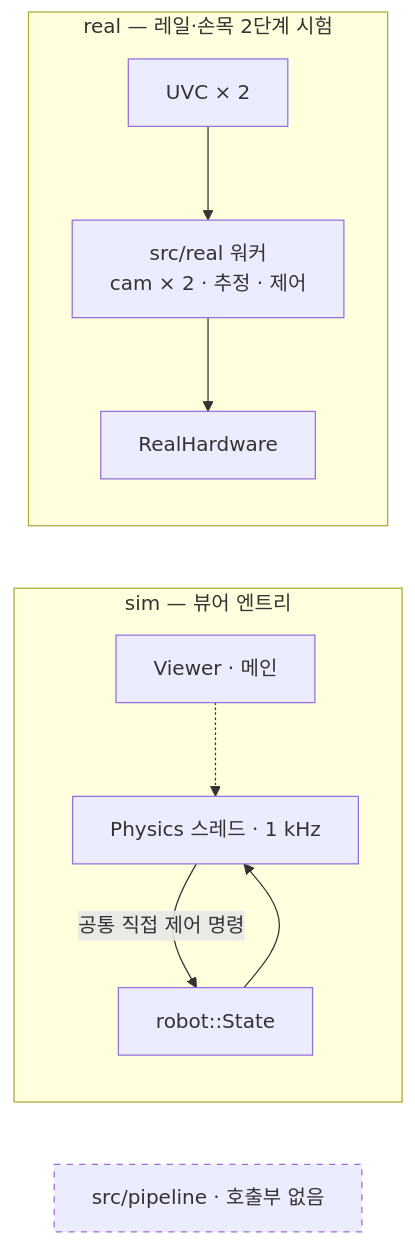
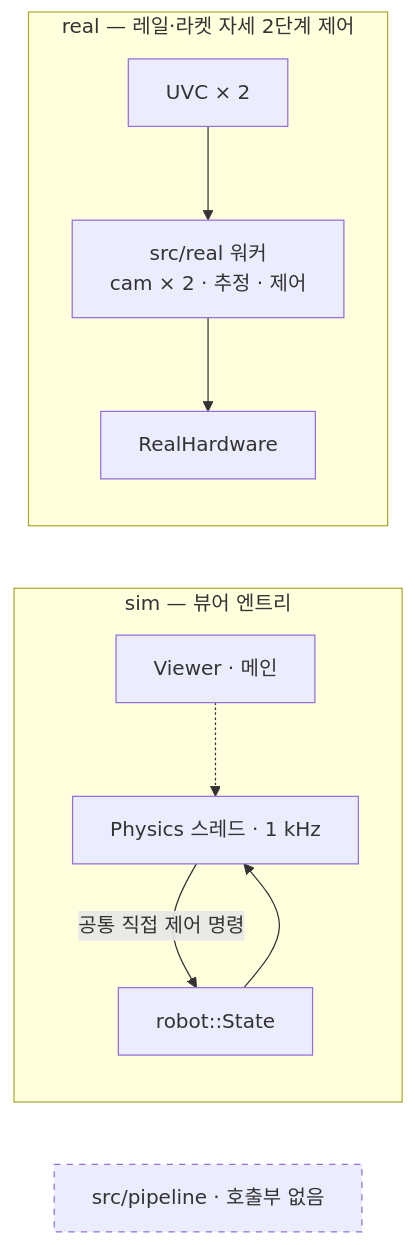
The third of 4 diagrams in README.md (luv-all/pingpong-bot), drawn with Mermaid before and after one commit. The commit also changed other lines of this file and 16 other files, not shown here.

````diff
--- a/README.md
+++ b/README.md
@@ -397,21 +398,21 @@
 ```mermaid
 flowchart LR
   subgraph simSide ["sim — 뷰어 엔트리"]
     viewer["Viewer · 메인"]
     physics["Physics 스레드 · 1 kHz"]
     simHw["robot::State"]
     viewer -.-> physics
     physics -->|"공통 직접 제어 명령"| simHw
     simHw --> physics
   end
 
-  subgraph realSide ["real — 레일·손목 2단계 시험"]
+  subgraph realSide ["real — 레일·라켓 자세 2단계 제어"]
     realCamera["UVC × 2"]
     realWorkers["src/real 워커<br/>cam × 2 · 추정 · 제어"]
     realHw["RealHardware"]
     realCamera --> realWorkers --> realHw
   end
 
   dead["src/pipeline · 호출부 없음"]
   style dead stroke-dasharray: 5 5
 ```
````
